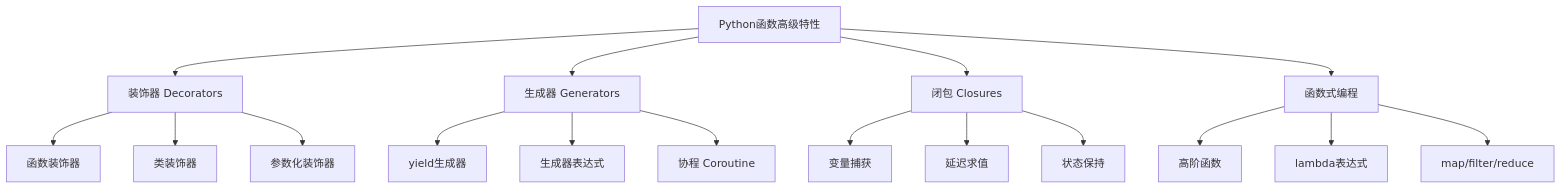
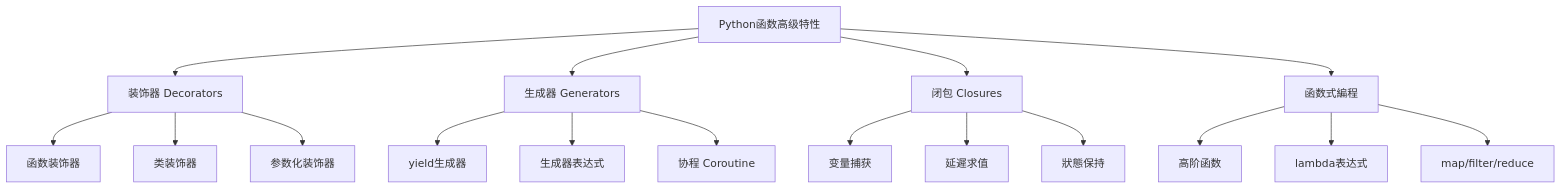
Before and after one commit to kmjade/knowledge-value: the diagram in 3 Resources/01-Tech/Programming/Python/01-基础入门/函数高级特性.md, drawn with Mermaid. The commit also changed other lines of this file and 653 other files, not shown here.

````diff
--- a/3 Resources/01-Tech/Programming/Python/01-基础入门/函数高级特性.md
+++ b/3 Resources/01-Tech/Programming/Python/01-基础入门/函数高级特性.md
@@ -17,23 +17,23 @@
 ```mermaid
 graph TB
     A[Python函数高级特性] --> B[装饰器 Decorators]
     A --> C[生成器 Generators]
     A --> D[闭包 Closures]
-    A --> E[函数式编程]
+    A --> E[函数式編程]
     
     B --> B1[函数装饰器]
     B --> B2[类装饰器]
     B --> B3[参数化装饰器]
     
     C --> C1[yield生成器]
     C --> C2[生成器表达式]
     C --> C3[协程 Coroutine]
     
     D --> D1[变量捕获]
-    D --> D2[延迟求值]
-    D --> D3[状态保持]
+    D --> D2[延遲求值]
+    D --> D3[狀態保持]
     
     E --> E1[高阶函数]
     E --> E2[lambda表达式]
     E --> E3[map/filter/reduce]
 ```
````
